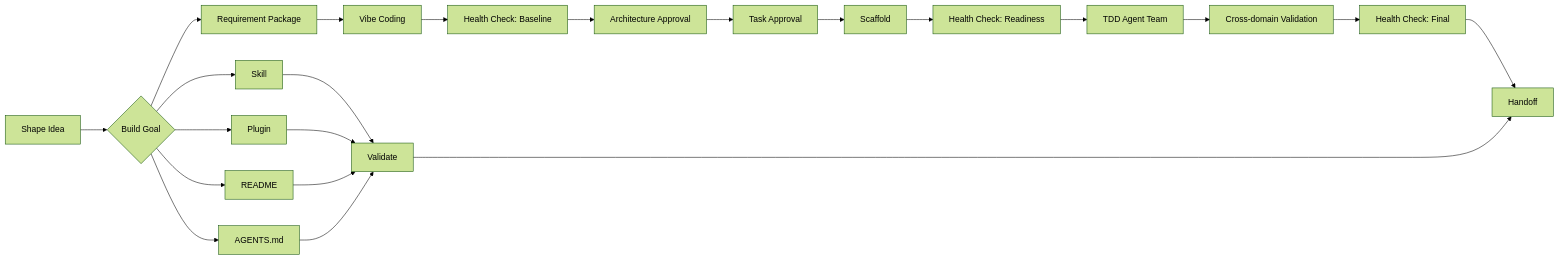
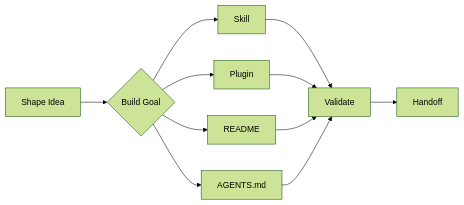
The diagram in README.md (koco-co/build-goals), drawn with Mermaid (forest theme) before and after one commit. The commit also changed other lines of this file and 117 other files, not shown here.

````diff
--- a/README.md
+++ b/README.md
@@ -59,24 +53,13 @@
 ```mermaid
 flowchart LR
     A[Shape Idea] --> B{Build Goal}
     B --> C[Skill]
     B --> D[Plugin]
-    B --> E[Requirement Package]
     B --> F[README]
     B --> M[AGENTS.md]
-    E --> G[Vibe Coding]
-    G --> Q[Health Check: Baseline]
-    Q --> H[Architecture Approval]
-    H --> I[Task Approval]
-    I --> N[Scaffold]
-    N --> R[Health Check: Readiness]
-    R --> J[TDD Agent Team]
-    J --> V[Cross-domain Validation]
-    V --> S[Health Check: Final]
-    S --> L[Handoff]
     C --> K[Validate]
     D --> K
     F --> K
     M --> K
     K --> L[Handoff]
 ```
````
